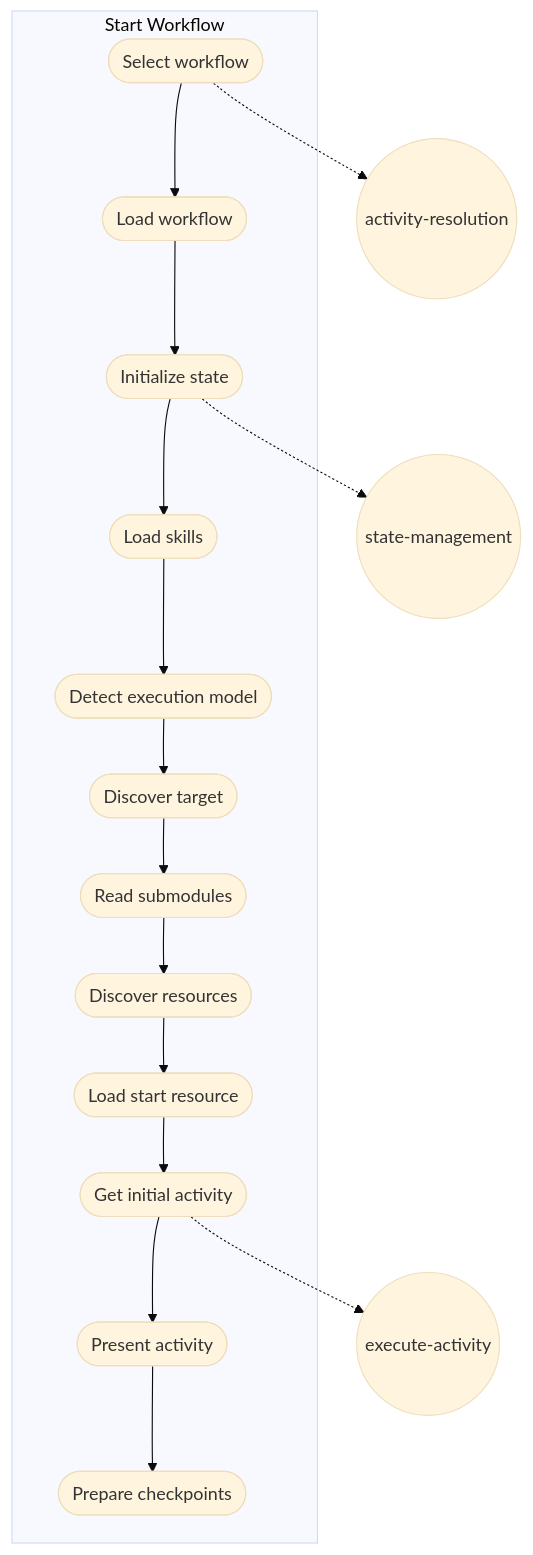
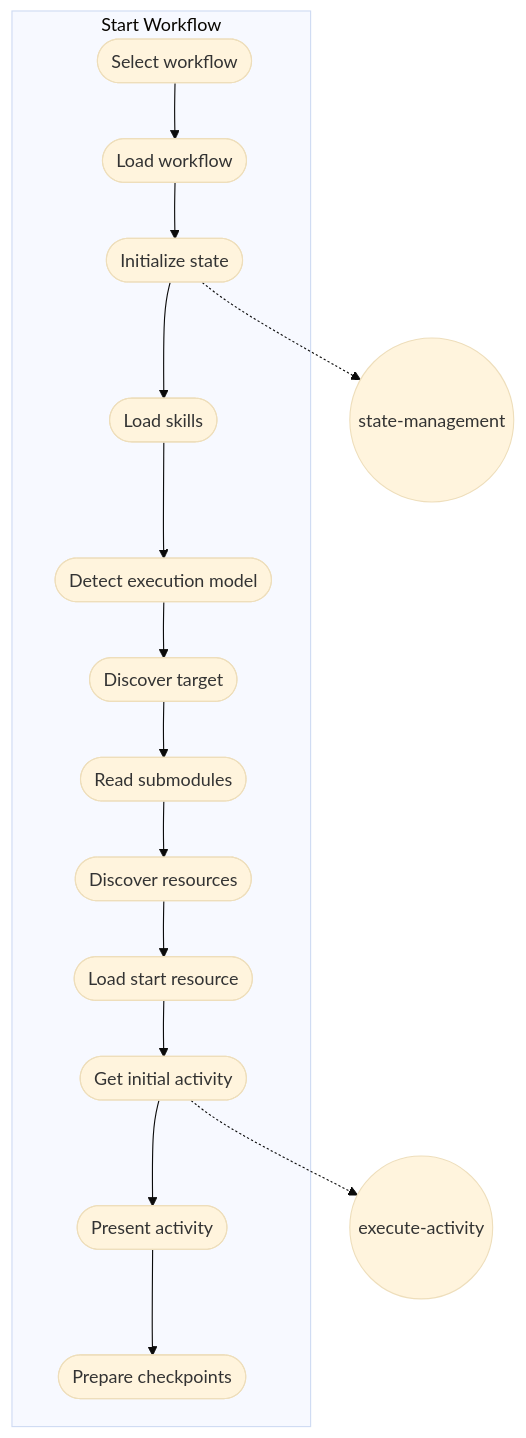
One commit to m2ux/workflow-server changed the second of 4 diagrams in meta/README.md. Above: the diagram before and after it, drawn with Mermaid (base theme). The commit also changed other lines of this file and 4 other files, not shown here.

````diff
--- a/meta/README.md
+++ b/meta/README.md
@@ -44,27 +44,25 @@
 ```mermaid
 graph TD
     subgraph start-workflow[Start Workflow]
         s1([Select workflow])
         s2([Load workflow])
         s3([Initialize state])
         s4([Load skills])
         s5([Detect execution model])
         s6([Discover target])
         s7([Read submodules])
         s8([Discover resources])
         s9([Load start resource])
         s10([Get initial activity])
         s11([Present activity])
         s12([Prepare checkpoints])
         
         s1 --> s2 --> s3 --> s4 --> s5 --> s6 --> s7 --> s8 --> s9 --> s10 --> s11 --> s12
     end
     
     skill1((execute-activity))
-    skill2((activity-resolution))
     skill3((state-management))
     
-    s1 -.-> skill2
     s3 -.-> skill3
     s10 -.-> skill1
 ```
````
